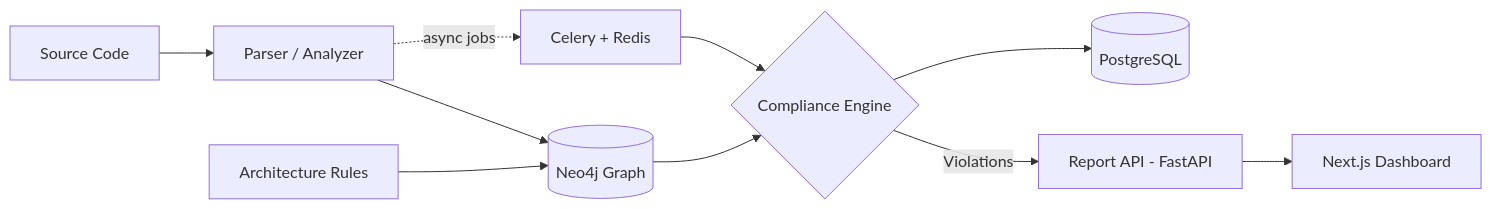
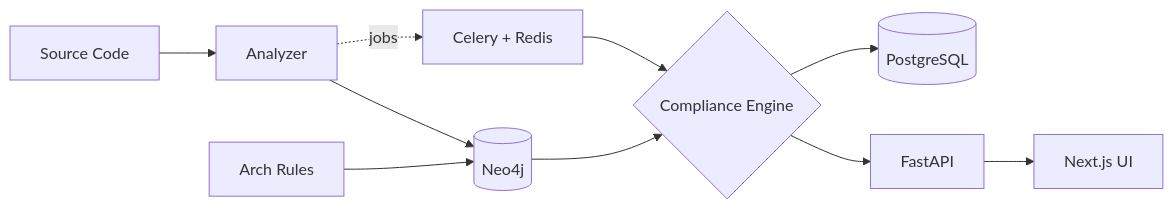
The second of 2 diagrams in README.md (sanketpatekar08/sanketpatekar08), drawn with Mermaid before and after one commit. The commit also changed other lines of this file, not shown here.

````diff
--- a/README.md
+++ b/README.md
@@ -153,12 +99,12 @@
 ```mermaid
 flowchart LR
-    A[Source Code] --> B[Parser / Analyzer]
-    B --> C[(Neo4j Graph)]
-    D[Architecture Rules] --> C
-    C --> E{Compliance Engine}
-    E -->|Violations| F[Report API - FastAPI]
-    F --> G[Next.js Dashboard]
-    B -.async jobs.-> H[Celery + Redis]
-    H --> E
-    E --> I[(PostgreSQL)]
+    A[Source Code] --> B[Analyzer]
+    B --> C[(Neo4j)]
+    R[Arch Rules] --> C
+    C --> D{Compliance Engine}
+    D --> E[FastAPI]
+    E --> F[Next.js UI]
+    B -.jobs.-> Q[Celery + Redis]
+    Q --> D
+    D --> P[(PostgreSQL)]
 ```
````
